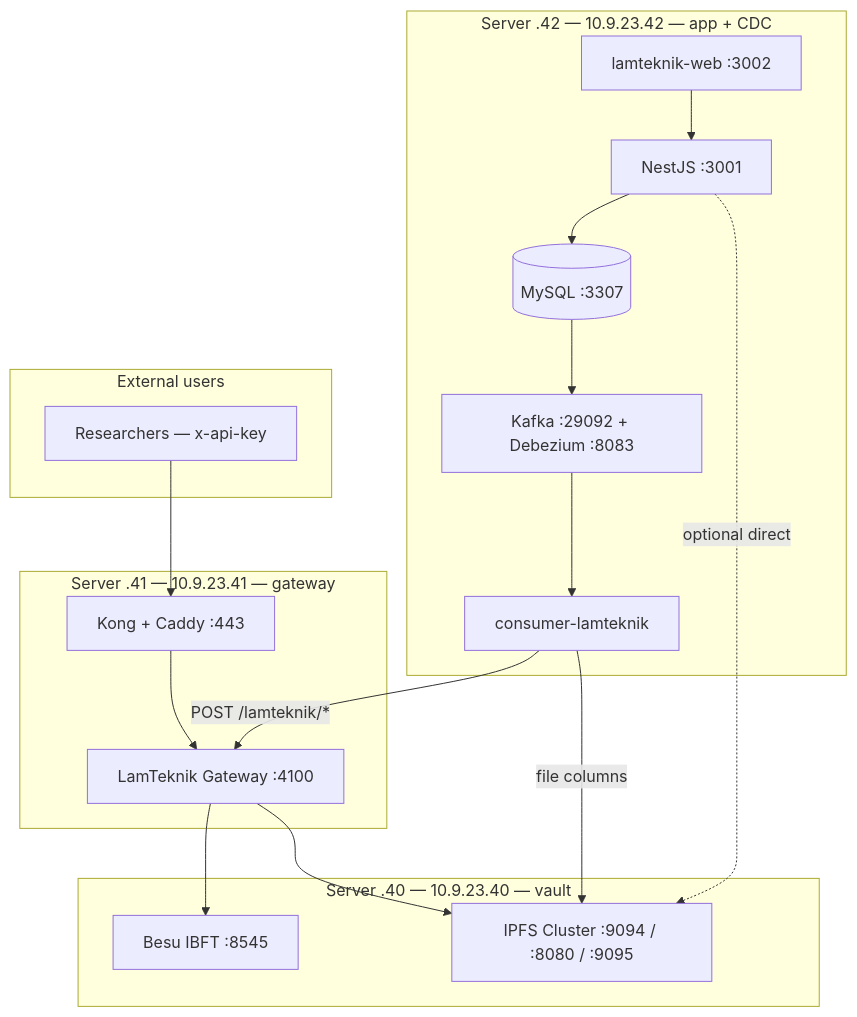
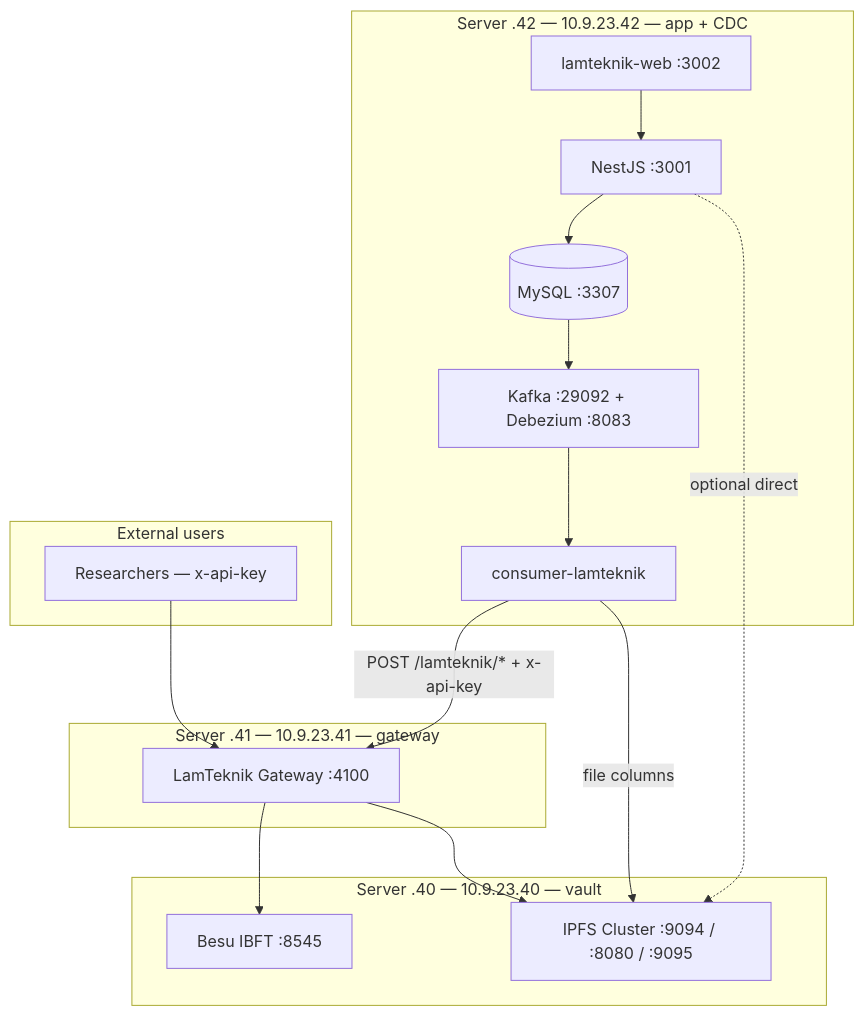
One commit to DeITdev/lamteknik-blockchain changed the diagram in context/infrastructure.md. Above: the diagram before and after it, drawn with Mermaid. The commit also changed other lines of this file and 13 other files, not shown here.

````diff
--- a/context/infrastructure.md
+++ b/context/infrastructure.md
@@ -34,35 +35,33 @@
 ```mermaid
 flowchart TB
   subgraph vm40 ["Server .40 — 10.9.23.40 — vault"]
     Besu[Besu IBFT :8545]
     IPFS[IPFS Cluster :9094 / :8080 / :9095]
   end
 
   subgraph vm41 ["Server .41 — 10.9.23.41 — gateway"]
-    Kong[Kong + Caddy :443]
     GW[LamTeknik Gateway :4100]
-    Kong --> GW
   end
 
   subgraph vm42 ["Server .42 — 10.9.23.42 — app + CDC"]
     MySQL[(MySQL :3307)]
     Kafka[Kafka :29092 + Debezium :8083]
     Consumer[consumer-lamteknik]
     Nest[NestJS :3001]
     Web[lamteknik-web :3002]
   end
 
   subgraph users [External users]
     Researcher[Researchers — x-api-key]
   end
 
-  Researcher --> Kong
-  Consumer -->|"POST /lamteknik/*"| GW
+  Researcher --> GW
+  Consumer -->|"POST /lamteknik/* + x-api-key"| GW
   Consumer -->|"file columns"| IPFS
   Nest --> MySQL
   MySQL --> Kafka --> Consumer
   GW --> Besu
   GW --> IPFS
   Nest -.->|"optional direct"| IPFS
   Web --> Nest
 ```
````
